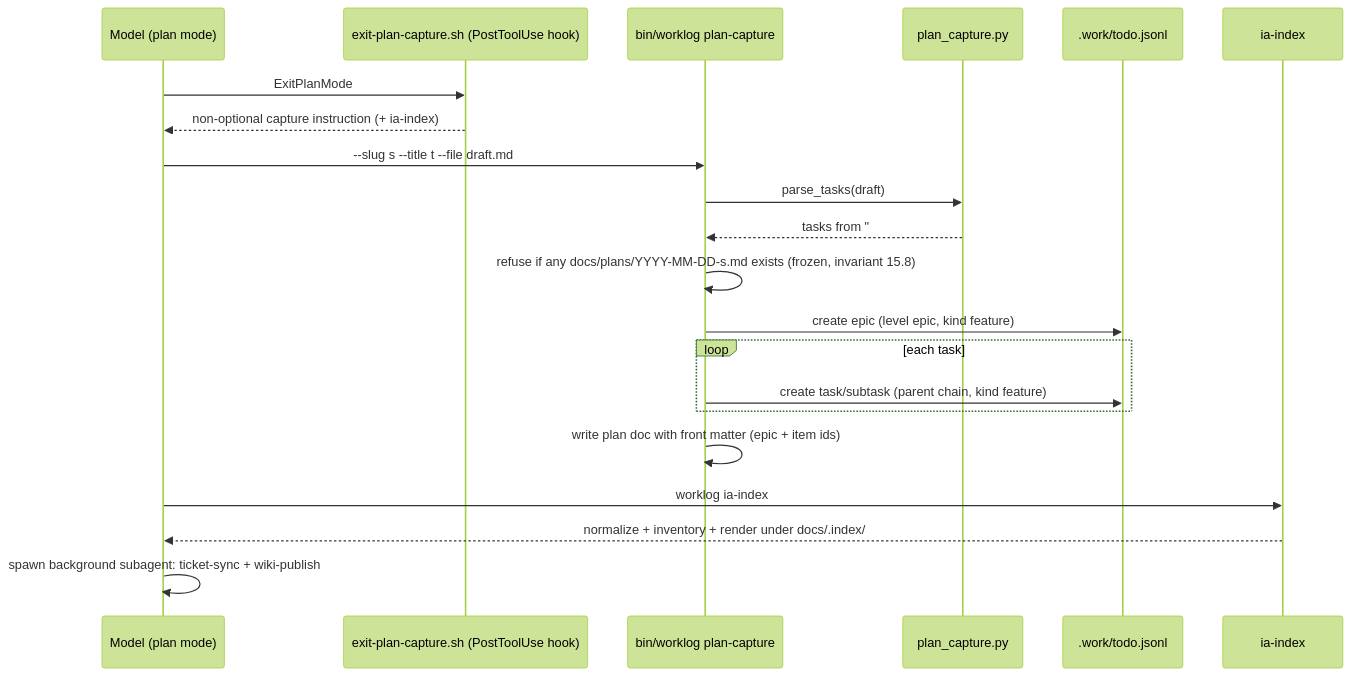
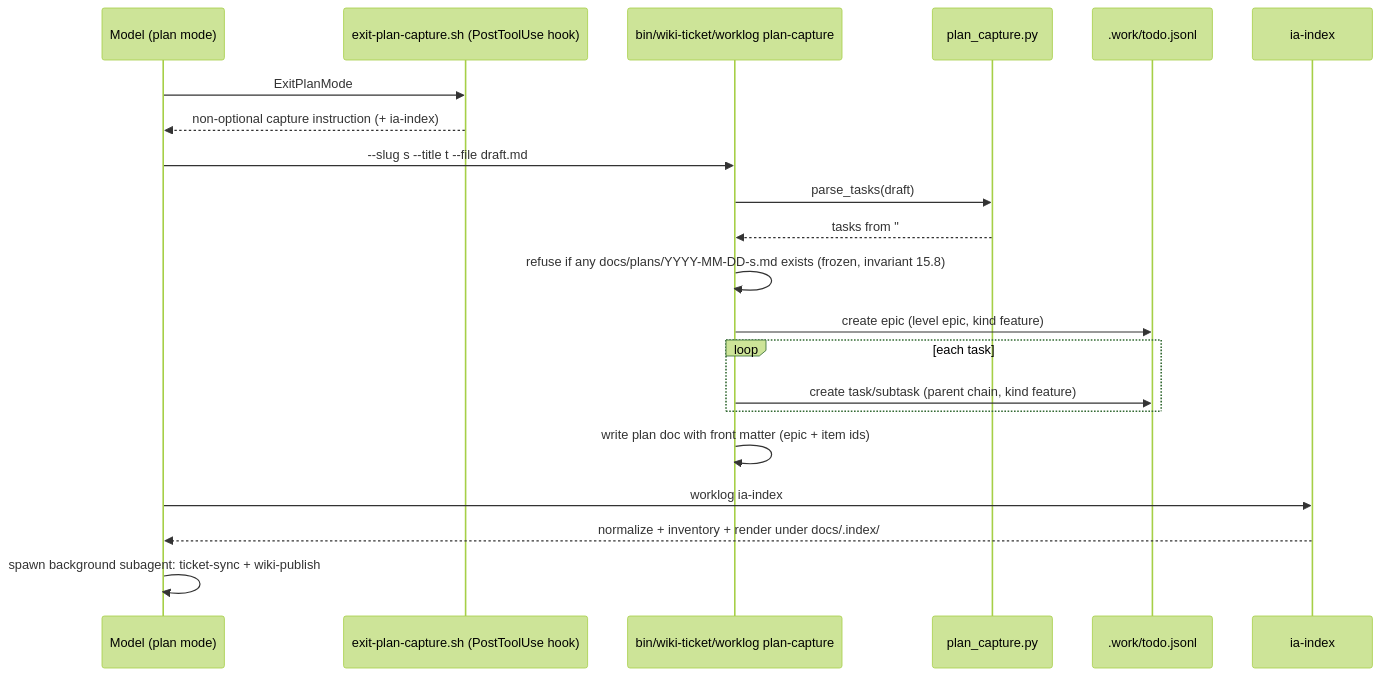
One commit to SpillwaveSolutions/wiki_ticket_sdd changed the fourth of 12 diagrams in docs/designs/current_design_doc.md. Above: the diagram before and after it, drawn with Mermaid (forest theme). The commit also changed other lines of this file and 3 other files, not shown here.

First line of the commit message:
docs: point the live design pair at bin/wiki-ticket

````diff
--- a/docs/designs/current_design_doc.md
+++ b/docs/designs/current_design_doc.md
@@ -890,23 +890,23 @@
 ```mermaid
 sequenceDiagram
     participant M as Model (plan mode)
     participant H as exit-plan-capture.sh (PostToolUse hook)
-    participant W as bin/worklog plan-capture
+    participant W as bin/wiki-ticket/worklog plan-capture
     participant P as plan_capture.py
     participant L as .work/todo.jsonl
     participant I as ia-index
     M->>H: ExitPlanMode
     H-->>M: non-optional capture instruction (+ ia-index)
     M->>W: --slug s --title t --file draft.md
     W->>P: parse_tasks(draft)
     P-->>W: tasks from "## Tasks" checkboxes
     W->>W: refuse if any docs/plans/YYYY-MM-DD-s.md exists (frozen, invariant 15.8)
     W->>L: create epic (level epic, kind feature)
     loop each task
         W->>L: create task/subtask (parent chain, kind feature)
     end
     W->>W: write plan doc with front matter (epic + item ids)
     M->>I: worklog ia-index
     I-->>M: normalize + inventory + render under docs/.index/
     M->>M: spawn background subagent: ticket-sync + wiki-publish
 ```
````
